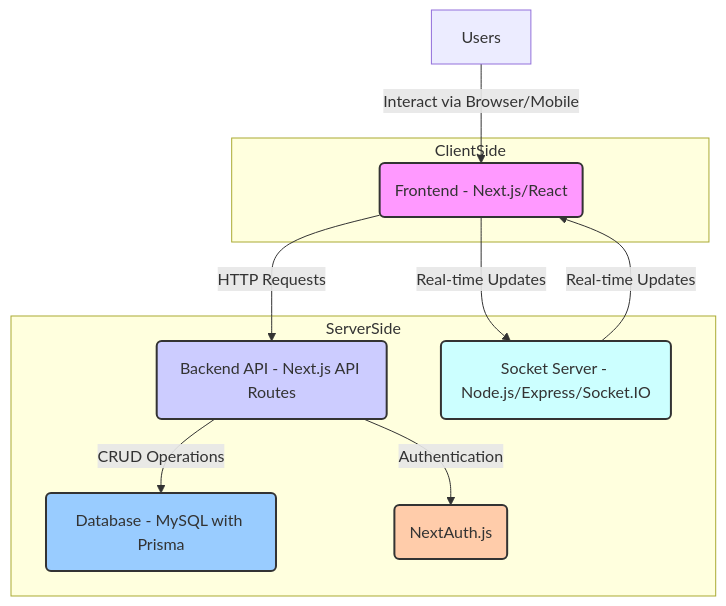
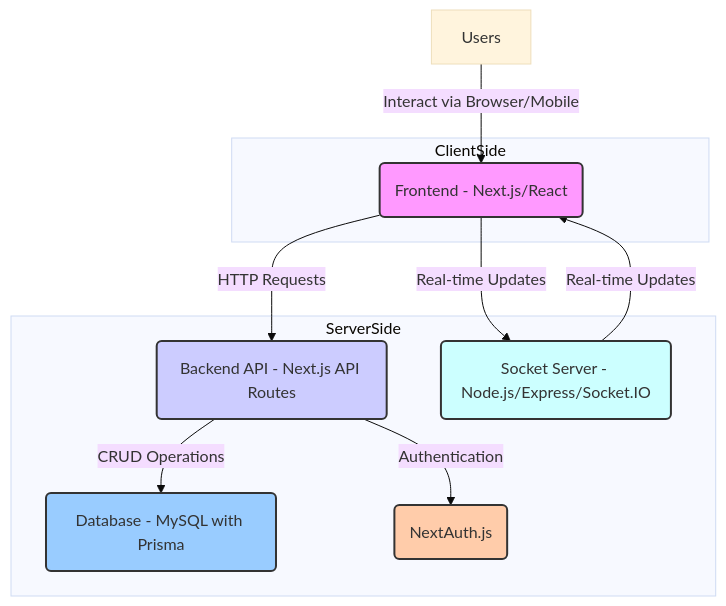
Before and after one commit to ItsRudraksh/canvasync: the first of 6 diagrams in README.md, drawn with Mermaid. The commit also changed other lines of this file, not shown here.

Commit message:
Update README.md to enhance Mermaid diagram styling with text color

````diff
--- a/README.md
+++ b/README.md
@@ -192,26 +192,27 @@
 ```mermaid
+%%{init: {'theme': 'base', 'themeVariables': { 'fontSize': '16px', 'textColor': '#FFFFFF'}}}%%
 graph TD
     A[Users] -->|Interact via Browser/Mobile| B(Frontend - Next.js/React);
     B -->|HTTP Requests| C(Backend API - Next.js API Routes);
     C -->|CRUD Operations| D(Database - MySQL with Prisma);
     B -->|Real-time Updates| E(Socket Server - Node.js/Express/Socket.IO);
     E -->|Real-time Updates| B;
     C -->|Authentication| F(NextAuth.js);
 
     subgraph ClientSide
         B
     end
 
     subgraph ServerSide
         C
         D
         E
         F
     end
 
     style B fill:#f9f,stroke:#333,stroke-width:2px;
     style C fill:#ccf,stroke:#333,stroke-width:2px;
     style D fill:#9cf,stroke:#333,stroke-width:2px;
     style E fill:#cff,stroke:#333,stroke-width:2px;
     style F fill:#fca,stroke:#333,stroke-width:2px;
 ```
````
